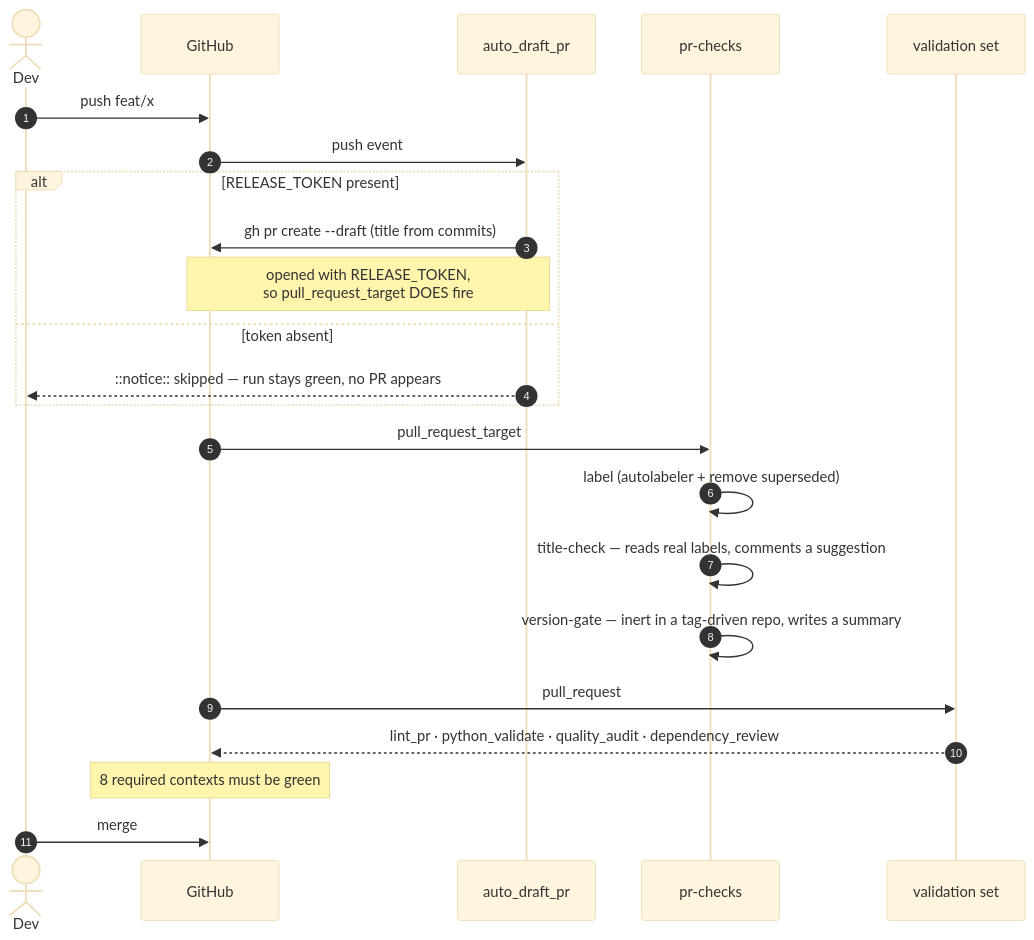
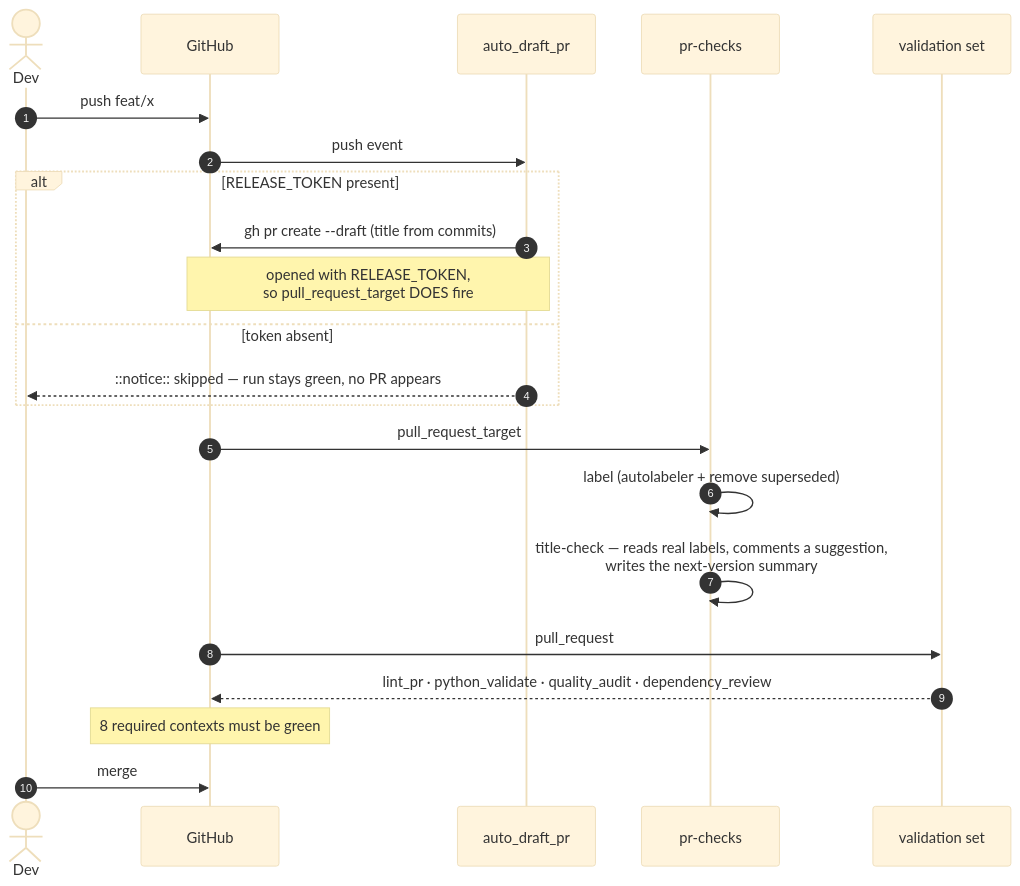
Before and after one commit to PineappleEmperor/ha-skills: the second of 3 diagrams in docs/workflow-map.md, drawn with Mermaid (base theme). The commit also changed other lines of this file, not shown here.

Commit message:
docs: drop the deleted version gate from the map

````diff
--- a/docs/workflow-map.md
+++ b/docs/workflow-map.md
@@ -112,26 +110,25 @@
 ```mermaid
 sequenceDiagram
   autonumber
   actor Dev
   participant GH as GitHub
   participant ADP as auto_draft_pr
   participant PRC as pr-checks
   participant CHK as validation set
 
   Dev->>GH: push feat/x
   GH->>ADP: push event
   alt RELEASE_TOKEN present
     ADP->>GH: gh pr create --draft (title from commits)
     Note over ADP,GH: opened with RELEASE_TOKEN,<br/>so pull_request_target DOES fire
   else token absent
     ADP-->>Dev: ::notice:: skipped — run stays green, no PR appears
   end
   GH->>PRC: pull_request_target
   PRC->>PRC: label (autolabeler + remove superseded)
-  PRC->>PRC: title-check — reads real labels, comments a suggestion
-  PRC->>PRC: version-gate — inert in a tag-driven repo, writes a summary
+  PRC->>PRC: title-check — reads real labels, comments a suggestion,<br/>writes the next-version summary
   GH->>CHK: pull_request
   CHK-->>GH: lint_pr · python_validate · quality_audit · dependency_review
   Note over GH: 8 required contexts must be green
   Dev->>GH: merge
 ```
````
